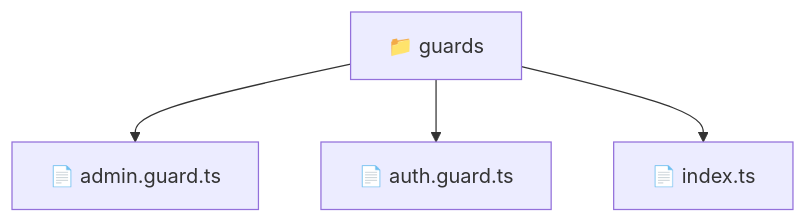
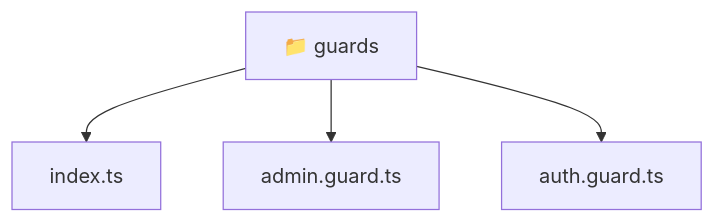
One commit to beginwebdev2002/fullstack-mavluda changed the diagram in frontend/src/core/guards/README.md. Above: the diagram before and after it, drawn with Mermaid. The commit also changed other lines of this file and 167 other files, not shown here.

````diff
--- a/frontend/src/core/guards/README.md
+++ b/frontend/src/core/guards/README.md
@@ -9,7 +9,10 @@
 ```mermaid
 graph TD
-  Root["📁 guards"]
-  Root --> admin_guard_ts["📄 admin.guard.ts"]
-  Root --> auth_guard_ts["📄 auth.guard.ts"]
-  Root --> index_ts["📄 index.ts"]
+  Root_guards["📁 guards"]
+  f_index_ts["index.ts"]
+  Root_guards --> f_index_ts
+  f_admin_guard_ts["admin.guard.ts"]
+  Root_guards --> f_admin_guard_ts
+  f_auth_guard_ts["auth.guard.ts"]
+  Root_guards --> f_auth_guard_ts
 ```
````
